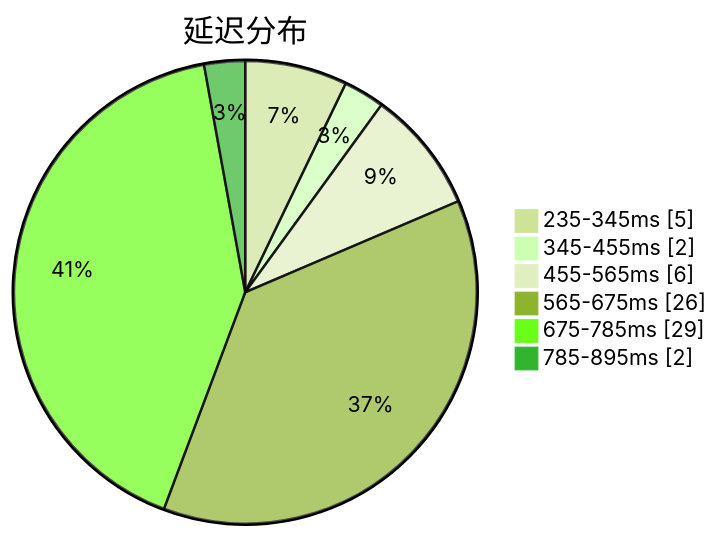
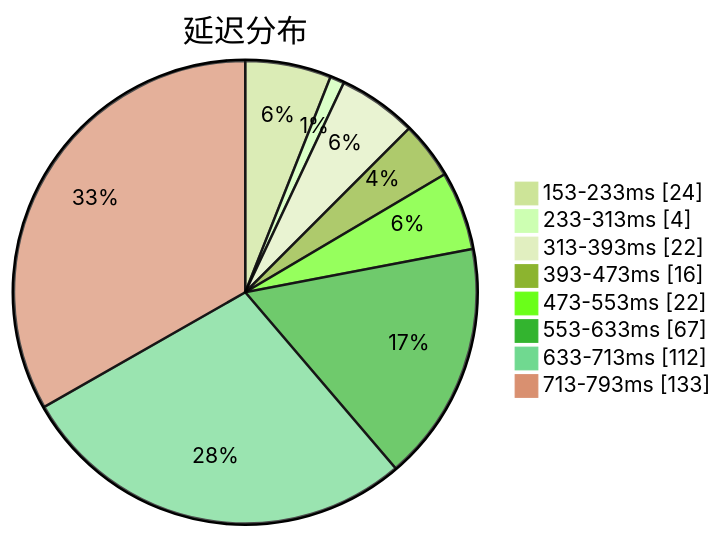
Before and after one commit to qjlxg/airport: the first of 3 diagrams in subs/statistics/tested_within.md, drawn with Mermaid (forest theme). The commit also changed other lines of this file and 2 other files, not shown here.

Commit message:
Tested by metaST

````diff
--- a/subs/statistics/tested_within.md
+++ b/subs/statistics/tested_within.md
@@ -2,10 +2,12 @@
 ```mermaid
 pie showData
 title 延迟分布
-"235-345ms" : 5
-"345-455ms" : 2
-"455-565ms" : 6
-"565-675ms" : 26
-"675-785ms" : 29
-"785-895ms" : 2
+"153-233ms" : 24
+"233-313ms" : 4
+"313-393ms" : 22
+"393-473ms" : 16
+"473-553ms" : 22
+"553-633ms" : 67
+"633-713ms" : 112
+"713-793ms" : 133
 ```
````
